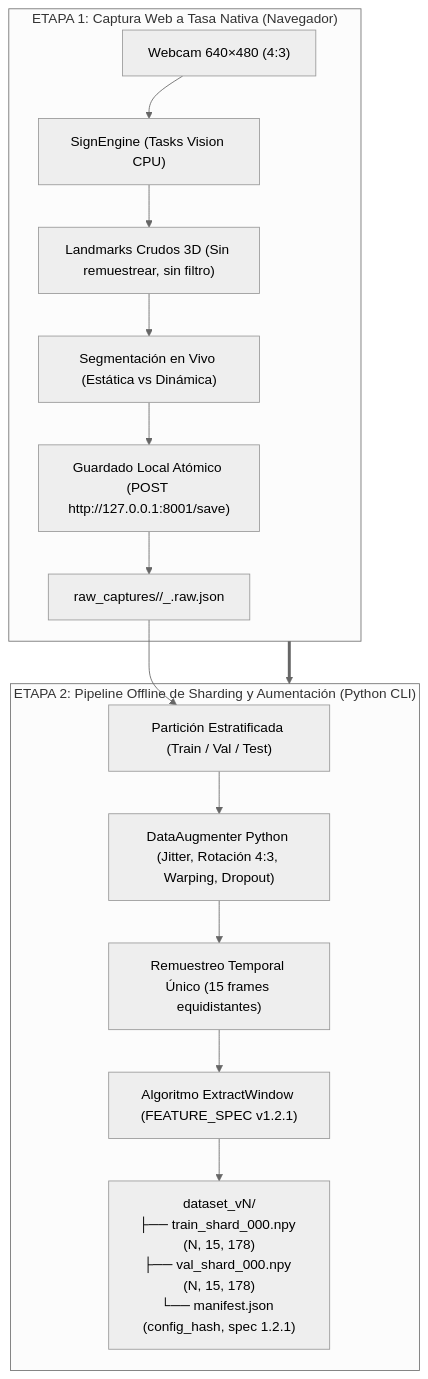
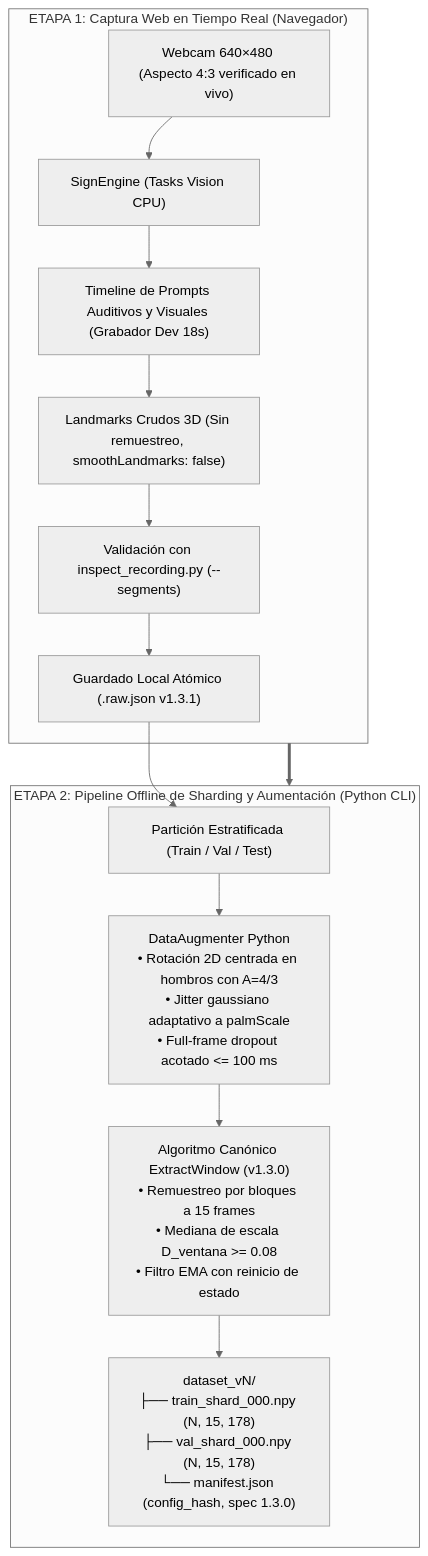
The diagram in Obsidian_exp/Explicacion del codigo/Dataset_Generator/06_Arquitectura_Dataset_Generator_v2.md (Salf423/expresat), drawn with Mermaid (neutral theme) before and after one commit. The commit also changed other lines of this file and 152 other files, not shown here.

````diff
--- a/Obsidian_exp/Explicacion del codigo/Dataset_Generator/06_Arquitectura_Dataset_Generator_v2.md
+++ b/Obsidian_exp/Explicacion del codigo/Dataset_Generator/06_Arquitectura_Dataset_Generator_v2.md
@@ -36,20 +36,19 @@
 ```mermaid
 flowchart TD
-    subgraph Etapa1 ["ETAPA 1: Captura Web a Tasa Nativa (Navegador)"]
-        Cam["Webcam 640×480 (4:3)"] --> SE["SignEngine (Tasks Vision CPU)"]
-        SE --> Raw["Landmarks Crudos 3D (Sin remuestrear, sin filtro)"]
-        Raw --> Seg["Segmentación en Vivo (Estática vs Dinámica)"]
-        Seg --> Srv["Guardado Local Atómico (POST http://127.0.0.1:8001/save)"]
-        Srv --> JSON["raw_captures/<session_id>/<sign>_<ts>.raw.json"]
+    subgraph Etapa1 ["ETAPA 1: Captura Web en Tiempo Real (Navegador)"]
+        Cam["Webcam 640×480 (Aspecto 4:3 verificado en vivo)"] --> SE["SignEngine (Tasks Vision CPU)"]
+        SE --> Prompts["Timeline de Prompts Auditivos y Visuales (Grabador Dev 18s)"]
+        Prompts --> Raw["Landmarks Crudos 3D (Sin remuestreo, smoothLandmarks: false)"]
+        Raw --> Insp["Validación con inspect_recording.py (--segments)"]
+        Insp --> Srv["Guardado Local Atómico (.raw.json v1.3.1)"]
     end
 
     subgraph Etapa2 ["ETAPA 2: Pipeline Offline de Sharding y Aumentación (Python CLI)"]
-        JSON --> Part["Partición Estratificada (Train / Val / Test)"]
-        Part --> Aug["DataAugmenter Python (Jitter, Rotación 4:3, Warping, Dropout)"]
-        Aug --> Resample["Remuestreo Temporal Único (15 frames equidistantes)"]
-        Resample --> EW["Algoritmo ExtractWindow (FEATURE_SPEC v1.2.1)"]
-        EW --> Shards["dataset_vN/\n├── train_shard_000.npy (N, 15, 178)\n├── val_shard_000.npy (N, 15, 178)\n└── manifest.json (config_hash, spec 1.2.1)"]
+        Srv --> Part["Partición Estratificada (Train / Val / Test)"]
+        Part --> Aug["DataAugmenter Python\n• Rotación 2D centrada en hombros con A=4/3\n• Jitter gaussiano adaptativo a palmScale\n• Full-frame dropout acotado <= 100 ms"]
+        Aug --> EW["Algoritmo Canónico ExtractWindow (v1.3.0)\n• Remuestreo por bloques a 15 frames\n• Mediana de escala D_ventana >= 0.08\n• Filtro EMA con reinicio de estado"]
+        EW --> Shards["dataset_vN/\n├── train_shard_000.npy (N, 15, 178)\n├── val_shard_000.npy (N, 15, 178)\n└── manifest.json (config_hash, spec 1.3.0)"]
     end
 
     Etapa1 ==> Etapa2
 ```
````
